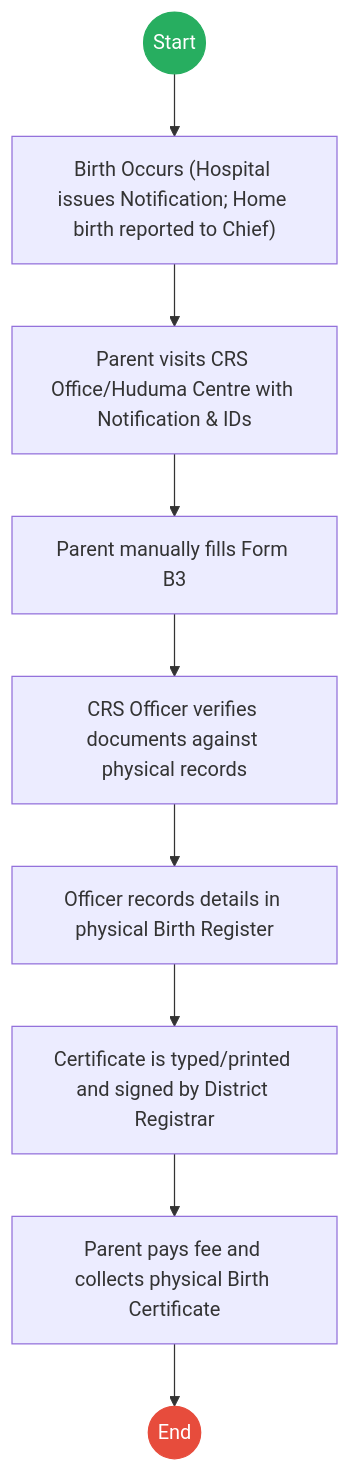
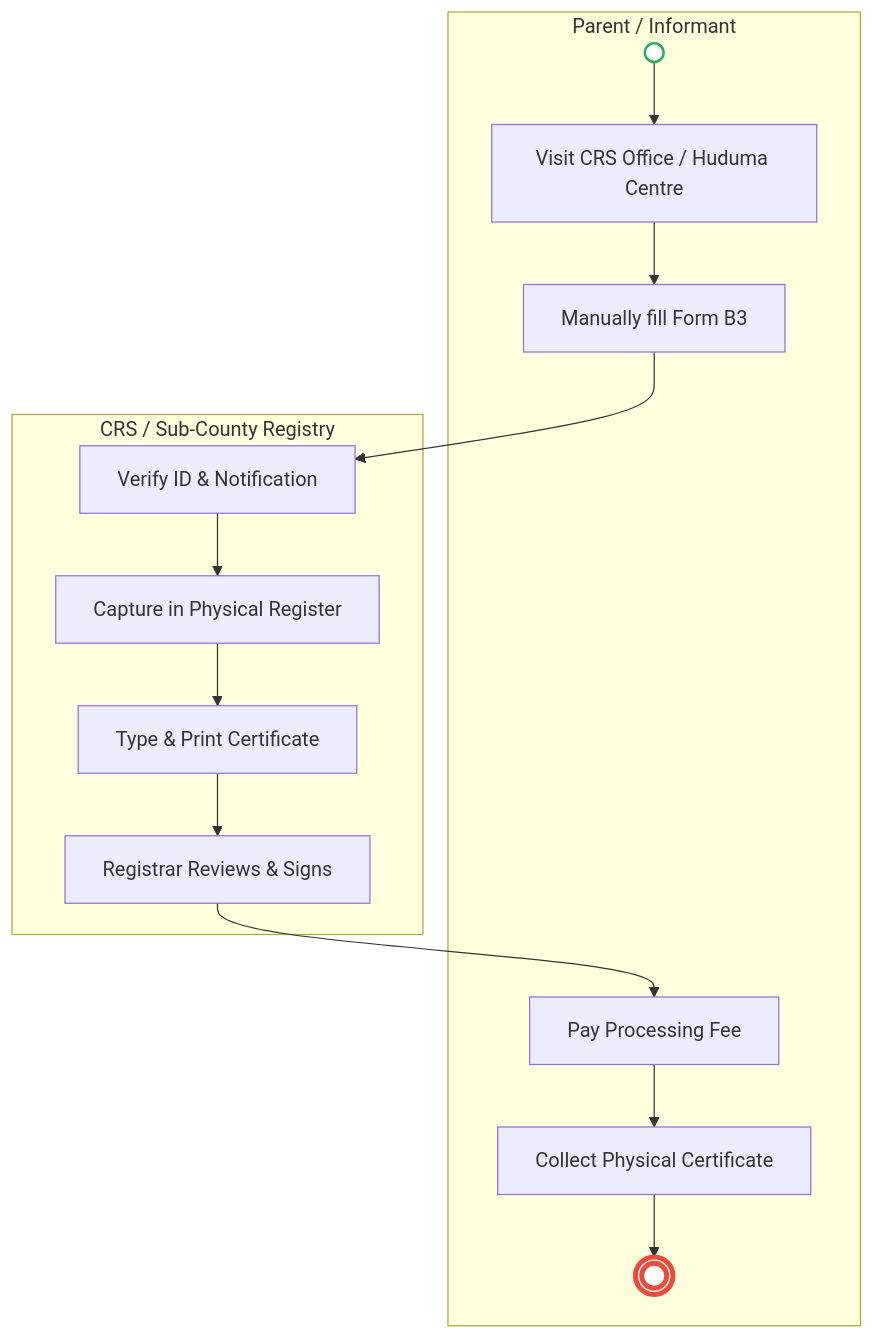
Before and after one commit to BITZ-IT-Consulting-LTD/ictapoc: the first of 4 diagrams in mdas/docs_final/_CIVIL_REGISTRATION_SERVICES_CRS____Service_Delivery.md, drawn with Mermaid. The commit also changed other lines of this file and 2 other files, not shown here.

````diff
--- a/mdas/docs_final/_CIVIL_REGISTRATION_SERVICES_CRS____Service_Delivery.md
+++ b/mdas/docs_final/_CIVIL_REGISTRATION_SERVICES_CRS____Service_Delivery.md
@@ -20,16 +20,20 @@
 ```mermaid
-graph TD
-    Start((Start)) --> S1
-    S1["Birth Occurs (Hospital issues Notification; Home birth reported to Chief)"] --> S2
-    S2["Parent visits CRS Office/Huduma Centre with Notification & IDs"] --> S3
-    S3["Parent manually fills Form B3"] --> S4
-    S4["CRS Officer verifies documents against physical records"] --> S5
-    S5["Officer records details in physical Birth Register"] --> S6
-    S6["Certificate is typed/printed and signed by District Registrar"] --> S7
-    S7["Parent pays fee and collects physical Birth Certificate"] --> End((End))
+flowchart TD
+    subgraph Parent["Parent / Informant"]
+        Start(( )) --> A1[Visit CRS Office / Huduma Centre]
+        A1 --> A2[Manually fill Form B3]
+        A5[Pay Processing Fee] --> A6[Collect Physical Certificate]
+        A6 --> End((( )))
+    end
 
-    classDef start fill:#27ae60,stroke:#27ae60,color:#fff;
-    classDef endNode fill:#e74c3c,stroke:#e74c3c,color:#fff;
-    class Start start;
-    class End endNode;
+    subgraph CRS["CRS / Sub-County Registry"]
+        A2 --> B1[Verify ID & Notification]
+        B1 --> B2[Capture in Physical Register]
+        B2 --> B3[Type & Print Certificate]
+        B3 --> B4[Registrar Reviews & Signs]
+        B4 --> A5
+    end
+
+    style Start fill:#fff,stroke:#27ae60,stroke-width:2px
+    style End fill:#fff,stroke:#e74c3c,stroke-width:4px
 ```
````
